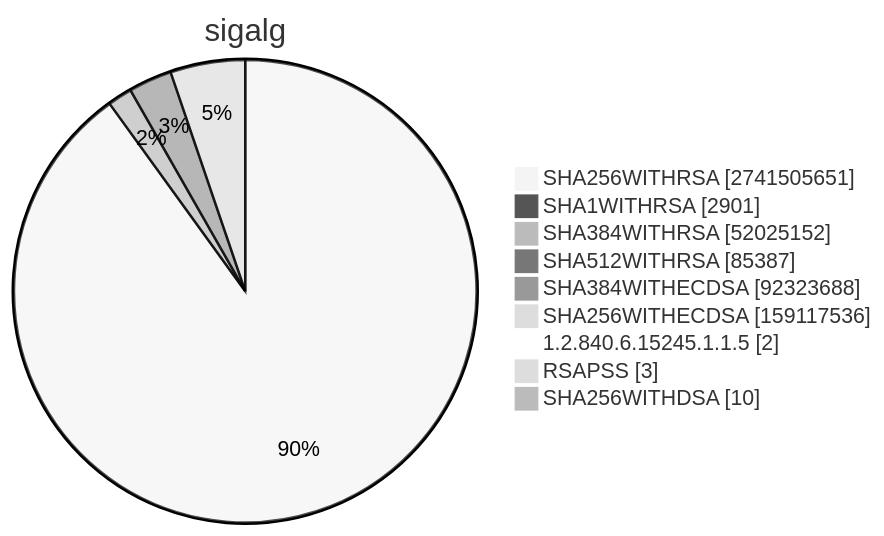
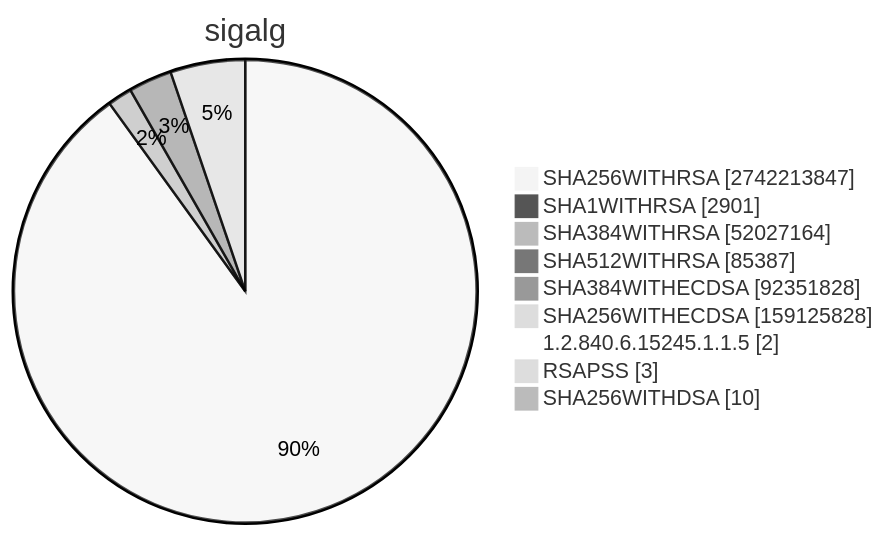
One commit to christiankrug/ctmonitor_visualization changed diagram 15 of 15 in TOTAL/README.md. Above: the diagram before and after it, drawn with Mermaid (neutral theme). The commit also changed other lines of this file, not shown here.

````diff
--- a/TOTAL/README.md
+++ b/TOTAL/README.md
@@ -6204,13 +6204,13 @@
 ```mermaid
 pie showData
 title sigalg
-"SHA256WITHRSA" :2741505651
+"SHA256WITHRSA" :2742213847
 "SHA1WITHRSA" :2901
-"SHA384WITHRSA" :52025152
+"SHA384WITHRSA" :52027164
 "SHA512WITHRSA" :85387
-"SHA384WITHECDSA" :92323688
-"SHA256WITHECDSA" :159117536
+"SHA384WITHECDSA" :92351828
+"SHA256WITHECDSA" :159125828
 "1.2.840.6.15245.1.1.5" :2
 "RSAPSS" :3
 "SHA256WITHDSA" :10
 ```
````
